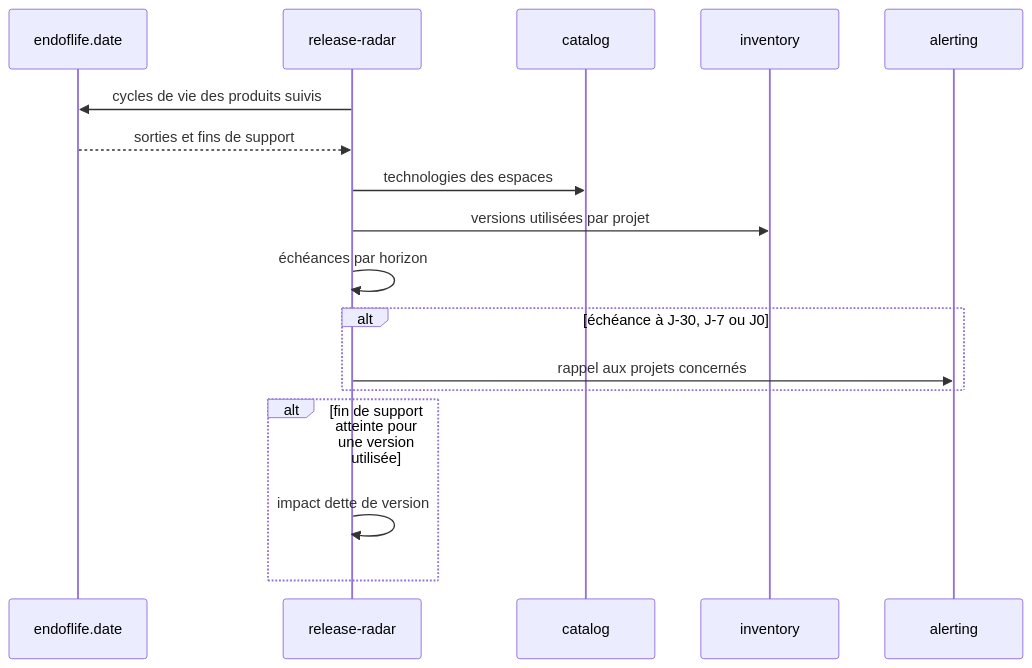
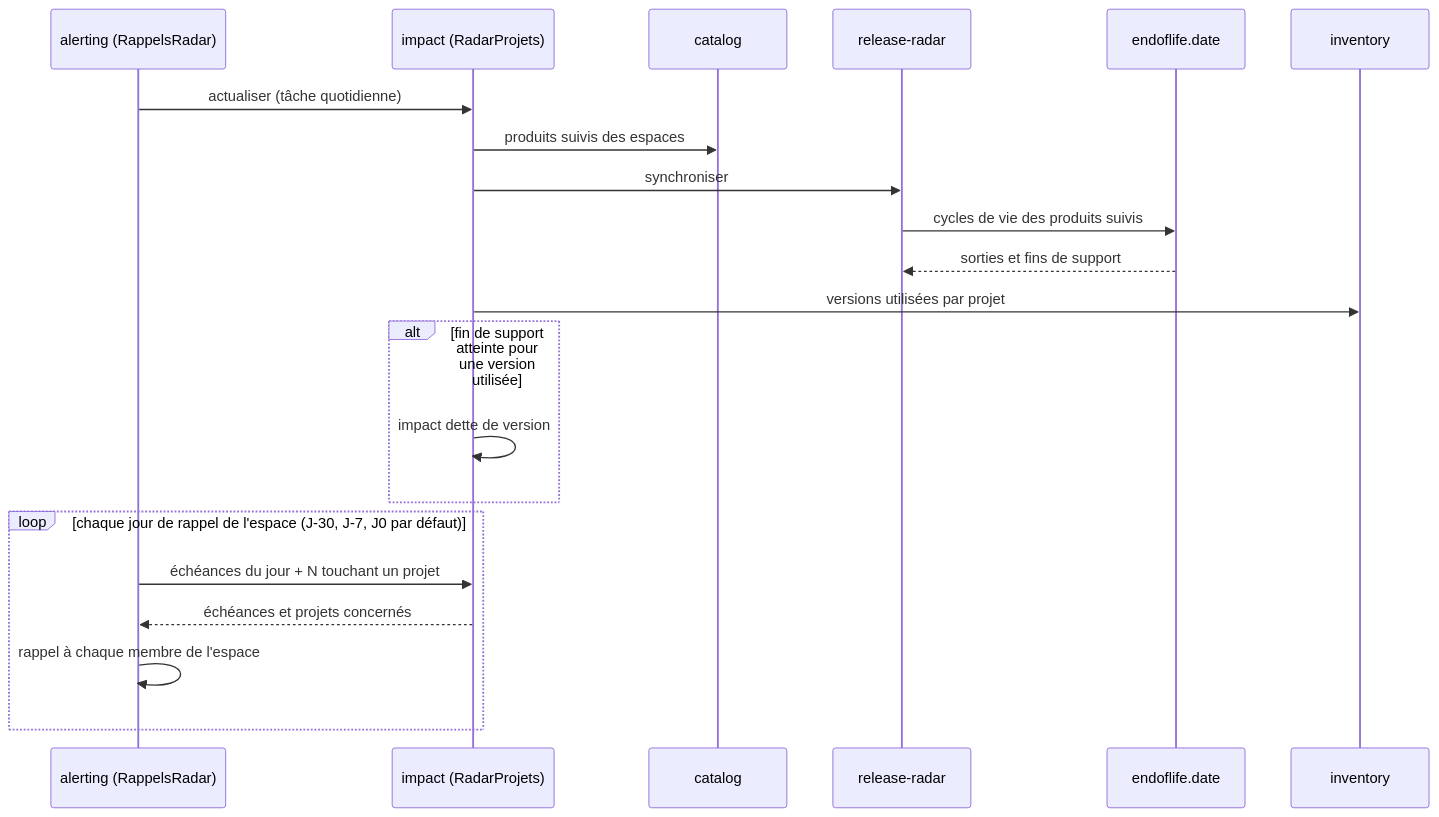
One commit to FTurleque/argos-tech-platform changed the diagram in openspec/changes/construire-radar-et-standards/design.md. Above: the diagram before and after it, drawn with Mermaid. The commit also changed other lines of this file and 11 other files, not shown here.

First line of the commit message:
fix(radar-standards): tâche quotidienne robuste, annonces idempotentes et fuseau commun

````diff
--- a/openspec/changes/construire-radar-et-standards/design.md
+++ b/openspec/changes/construire-radar-et-standards/design.md
@@ -52,19 +53,23 @@
 ```mermaid
 sequenceDiagram
+    participant AL as alerting (RappelsRadar)
+    participant I as impact (RadarProjets)
+    participant C as catalog
+    participant R as release-radar
     participant E as endoflife.date
-    participant R as release-radar
-    participant C as catalog
     participant INV as inventory
-    participant AL as alerting
+    AL->>I: actualiser (tâche quotidienne)
+    I->>C: produits suivis des espaces
+    I->>R: synchroniser
     R->>E: cycles de vie des produits suivis
     E-->>R: sorties et fins de support
-    R->>C: technologies des espaces
-    R->>INV: versions utilisées par projet
-    R->>R: échéances par horizon
-    alt échéance à J-30, J-7 ou J0
-        R->>AL: rappel aux projets concernés
+    I->>INV: versions utilisées par projet
+    alt fin de support atteinte pour une version utilisée
+        I->>I: impact dette de version
     end
-    alt fin de support atteinte pour une version utilisée
-        R->>R: impact dette de version
+    loop chaque jour de rappel de l'espace (J-30, J-7, J0 par défaut)
+        AL->>I: échéances du jour + N touchant un projet
+        I-->>AL: échéances et projets concernés
+        AL->>AL: rappel à chaque membre de l'espace
     end
 ```
````
